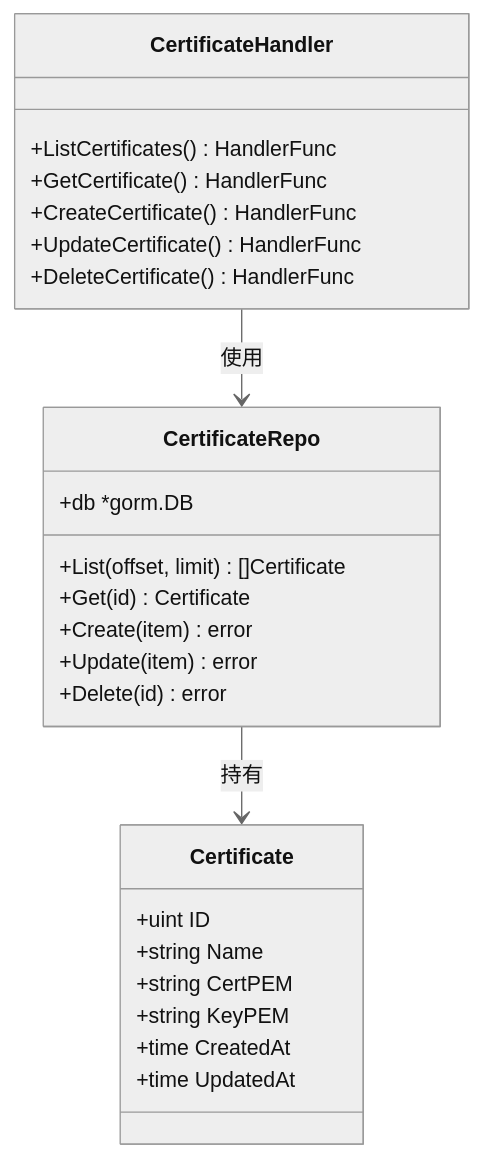
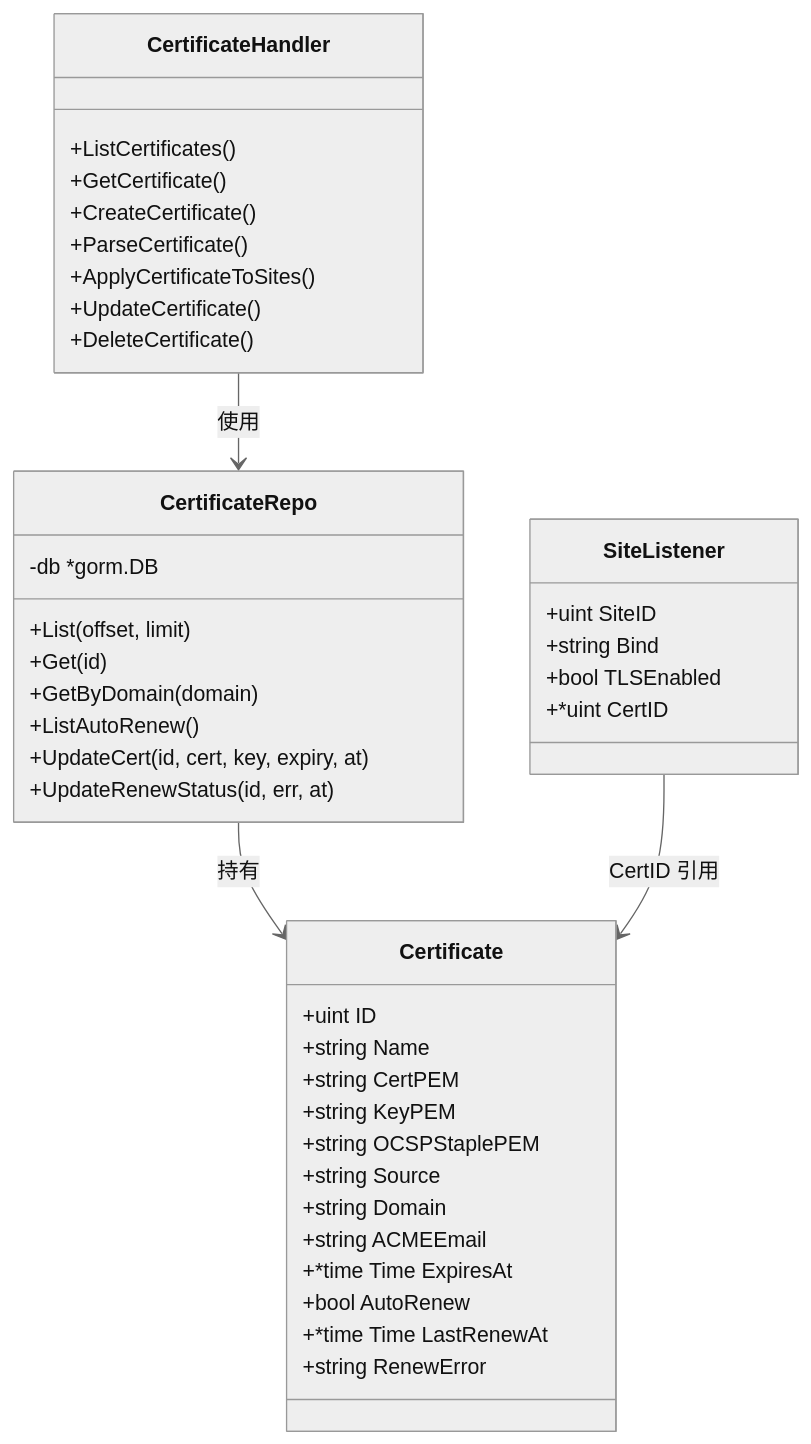
The fourth of 9 diagrams in docs/数据平面处理/TLS 终止与证书管理.md (x01n/My-OpenWaf), drawn with Mermaid (neutral theme) before and after one commit. The commit also changed other lines of this file and 622 other files, not shown here.

````diff
--- a/docs/数据平面处理/TLS 终止与证书管理.md
+++ b/docs/数据平面处理/TLS 终止与证书管理.md
@@ -143,28 +253,44 @@
 ```mermaid
 classDiagram
 class Certificate {
 +uint ID
 +string Name
 +string CertPEM
 +string KeyPEM
-+time CreatedAt
-+time UpdatedAt
++string OCSPStaplePEM
++string Source
++string Domain
++string ACMEEmail
++*time Time ExpiresAt
++bool AutoRenew
++*time Time LastRenewAt
++string RenewError
 }
 class CertificateRepo {
-+db *gorm.DB
-+List(offset, limit) []Certificate
-+Get(id) Certificate
-+Create(item) error
-+Update(item) error
-+Delete(id) error
+-db *gorm.DB
++List(offset, limit)
++Get(id)
++GetByDomain(domain)
++ListAutoRenew()
++UpdateCert(id, cert, key, expiry, at)
++UpdateRenewStatus(id, err, at)
 }
 class CertificateHandler {
-+ListCertificates() HandlerFunc
-+GetCertificate() HandlerFunc
-+CreateCertificate() HandlerFunc
-+UpdateCertificate() HandlerFunc
-+DeleteCertificate() HandlerFunc
++ListCertificates()
++GetCertificate()
++CreateCertificate()
++ParseCertificate()
++ApplyCertificateToSites()
++UpdateCertificate()
++DeleteCertificate()
+}
+class SiteListener {
++uint SiteID
++string Bind
++bool TLSEnabled
++*uint CertID
 }
 CertificateHandler --> CertificateRepo : 使用
 CertificateRepo --> Certificate : 持有
+SiteListener --> Certificate : CertID 引用
 ```
````
